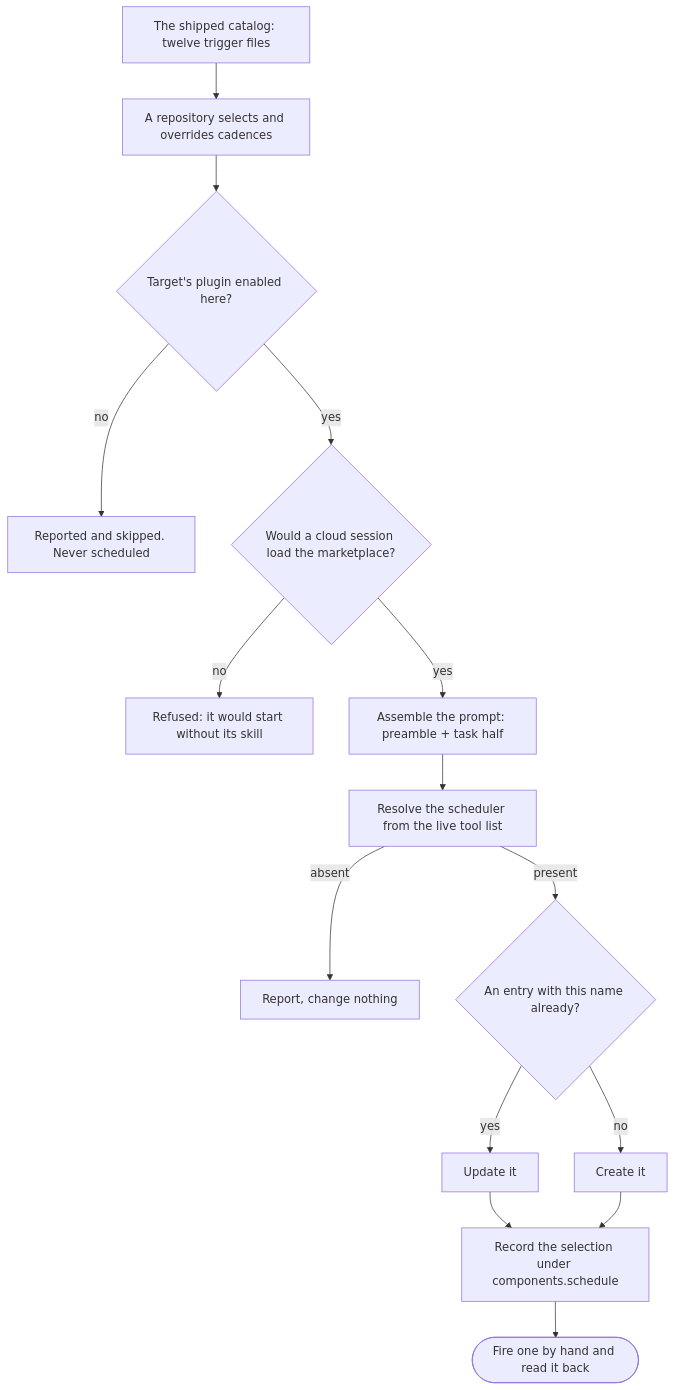
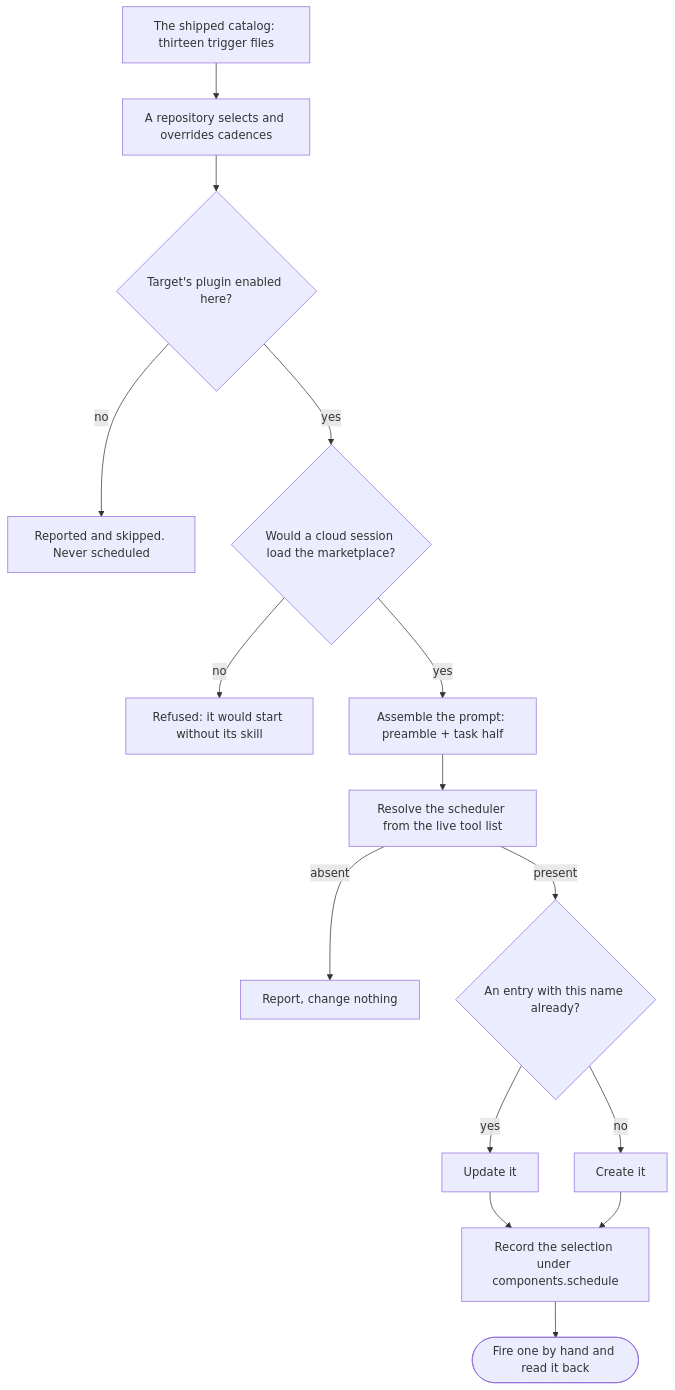
The second of 3 diagrams in .devbook/arc42/building-blocks/delivery-schedule.md (JSdotNet/devbook), drawn with Mermaid before and after one commit. The commit also changed other lines of this file and 12 other files, not shown here.

````diff
--- a/.devbook/arc42/building-blocks/delivery-schedule.md
+++ b/.devbook/arc42/building-blocks/delivery-schedule.md
@@ -535,17 +548,17 @@
 ```mermaid
 flowchart TD
-    catalog["The shipped catalog: twelve trigger files"] --> select["A repository selects and overrides cadences"]
+    catalog["The shipped catalog: thirteen trigger files"] --> select["A repository selects and overrides cadences"]
     select --> enabled{"Target's plugin enabled here?"}
     enabled -->|no| skipped["Reported and skipped. Never scheduled"]
     enabled -->|yes| settings{"Would a cloud session load the marketplace?"}
     settings -->|no| refused["Refused: it would start without its skill"]
     settings -->|yes| assemble["Assemble the prompt: preamble + task half"]
     assemble --> resolve["Resolve the scheduler from the live tool list"]
     resolve -->|absent| noop["Report, change nothing"]
     resolve -->|present| match{"An entry with this name already?"}
     match -->|yes| update["Update it"]
     match -->|no| create["Create it"]
     update --> stamp["Record the selection under components.schedule"]
     create --> stamp
     stamp --> prove(["Fire one by hand and read it back"])
 ```
````
